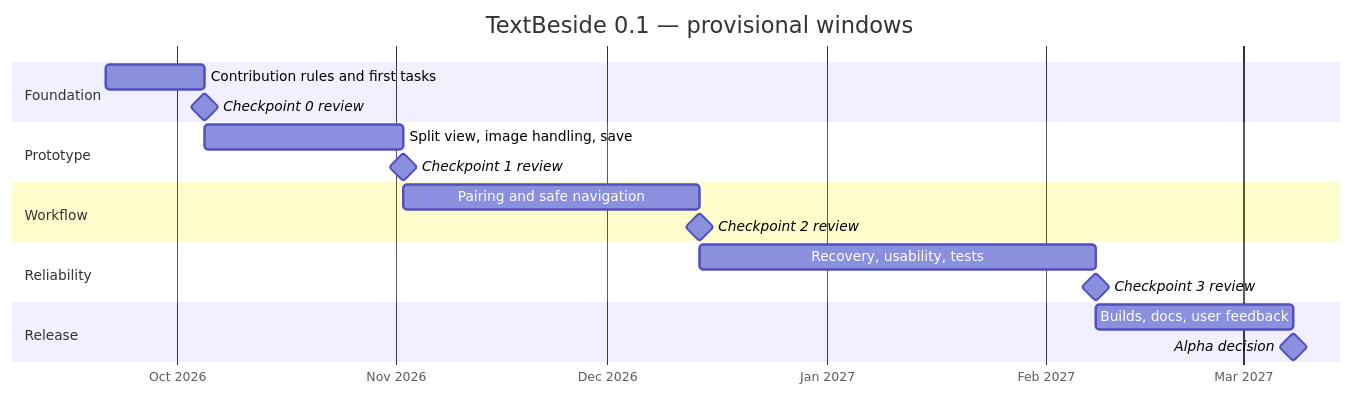
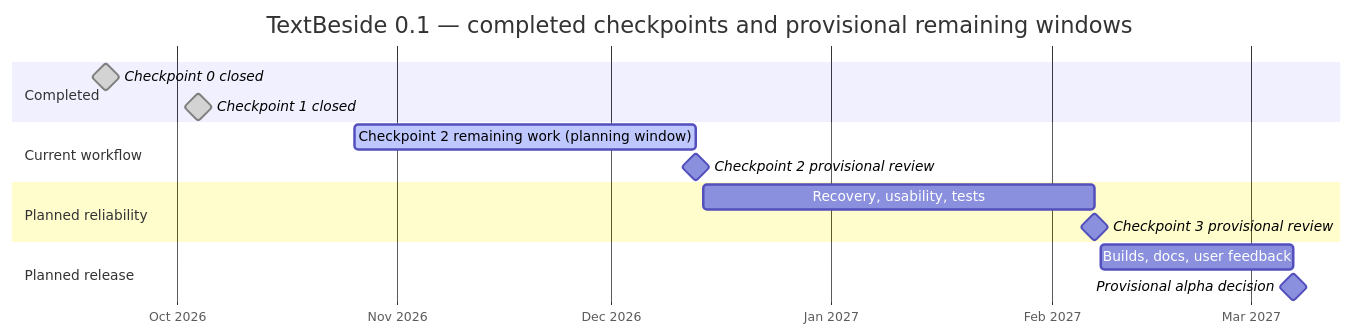
Before and after one commit to GeoffRiley/TextBeside: the diagram in ROADMAP.md, drawn with Mermaid. The commit also changed other lines of this file, not shown here.

Commit message:
Refresh roadmap with completed checkpoints and current navigation work (#23)

````diff
--- a/ROADMAP.md
+++ b/ROADMAP.md
@@ -13,21 +19,18 @@
 ```mermaid
 gantt
-    title TextBeside 0.1 — provisional windows
+    title TextBeside 0.1 — completed checkpoints and provisional remaining windows
     dateFormat YYYY-MM-DD
     axisFormat %b %Y
-    section Foundation
-    Contribution rules and first tasks :p0, 2026-09-21, 14d
-    Checkpoint 0 review :milestone, after p0, 0d
-    section Prototype
-    Split view, image handling, save :p1, after p0, 28d
-    Checkpoint 1 review :milestone, after p1, 0d
-    section Workflow
-    Pairing and safe navigation :p2, after p1, 42d
-    Checkpoint 2 review :milestone, after p2, 0d
-    section Reliability
-    Recovery, usability, tests :p3, after p2, 56d
-    Checkpoint 3 review :milestone, after p3, 0d
-    section Release
-    Builds, docs, user feedback :p4, after p3, 28d
-    Alpha decision :milestone, after p4, 0d
+    section Completed
+    Checkpoint 0 closed :milestone, done, c0, 2026-09-21, 0d
+    Checkpoint 1 closed :milestone, done, c1, 2026-10-04, 0d
+    section Current workflow
+    Checkpoint 2 remaining work (planning window) :active, c2, 2026-10-26, 2026-12-13
+    Checkpoint 2 provisional review :milestone, 2026-12-13, 0d
+    section Planned reliability
+    Recovery, usability, tests :c3, 2026-12-14, 2027-02-07
+    Checkpoint 3 provisional review :milestone, 2027-02-07, 0d
+    section Planned release
+    Builds, docs, user feedback :c4, 2027-02-08, 2027-03-07
+    Provisional alpha decision :milestone, 2027-03-07, 0d
 ```
````
